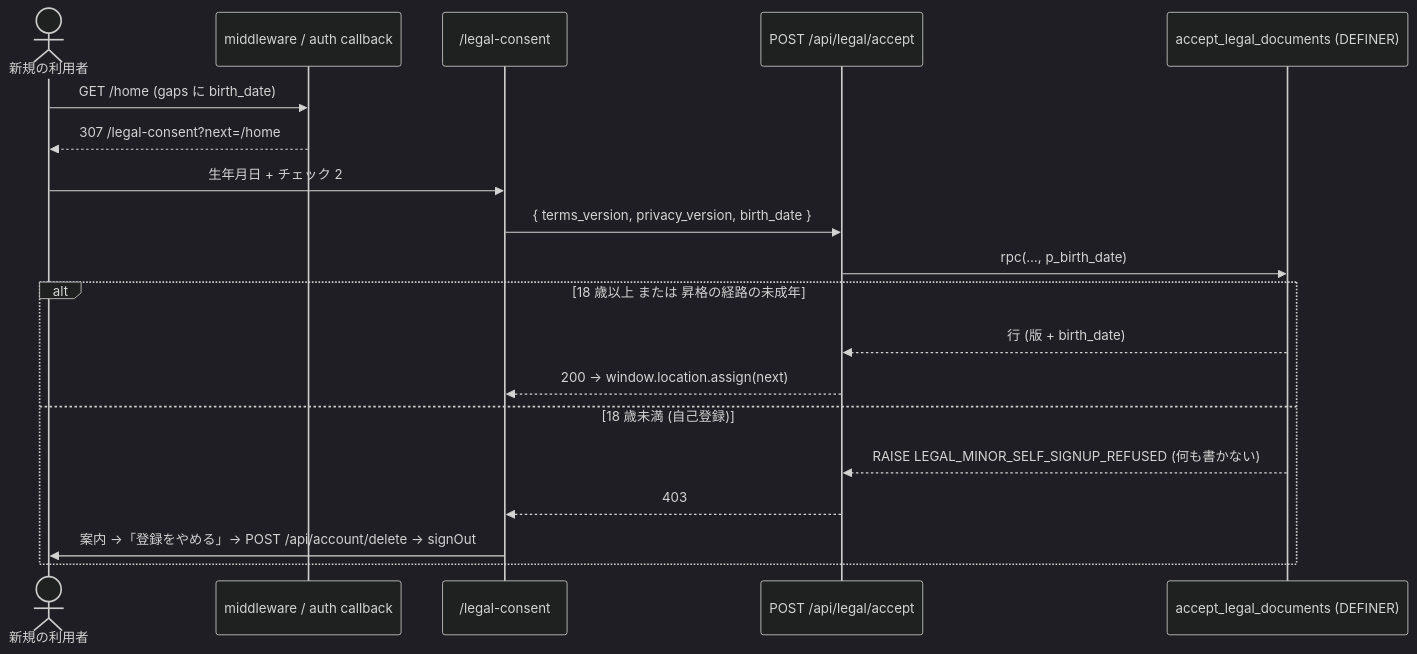
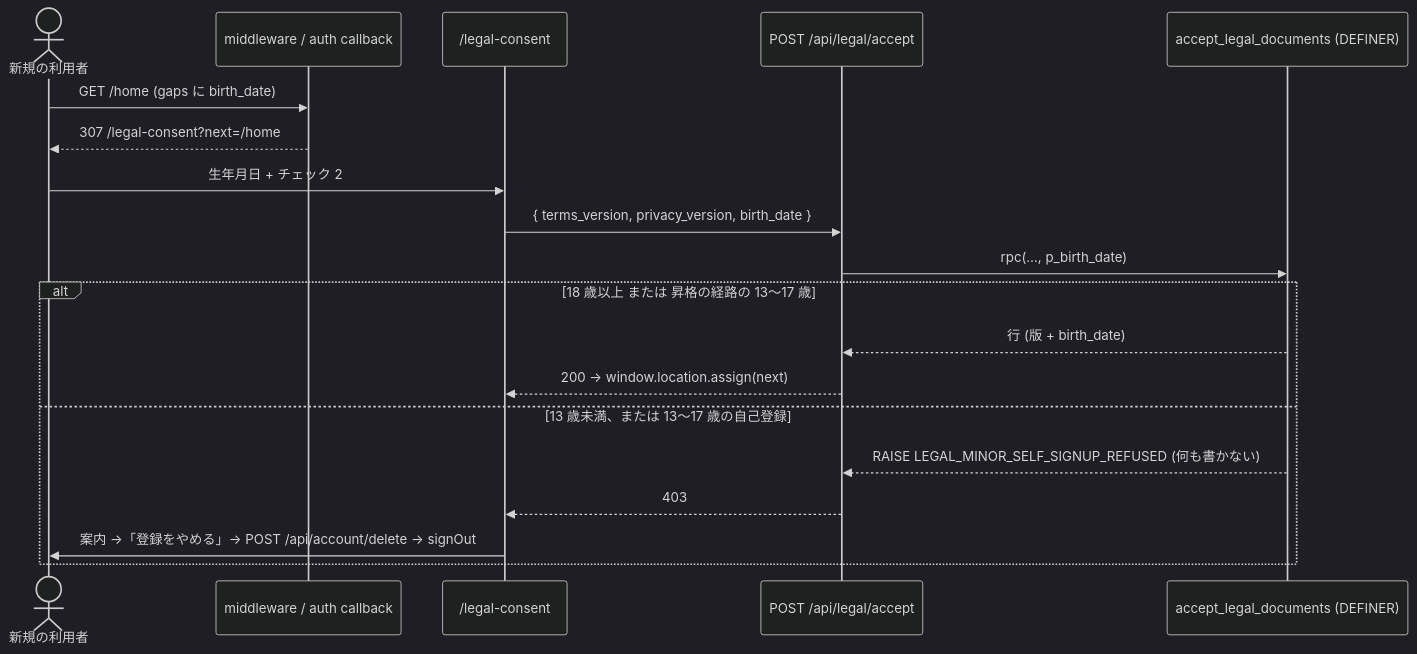
The second of 2 diagrams in docs/design/cross/14-parental-consent.md (DaisukeHori/homegohan-app), drawn with Mermaid (dark theme) before and after one commit. The commit also changed other lines of this file, not shown here.

````diff
--- a/docs/design/cross/14-parental-consent.md
+++ b/docs/design/cross/14-parental-consent.md
@@ -1293,21 +1322,21 @@
 ```mermaid
 sequenceDiagram
     actor User as 新規の利用者
     participant MW as middleware / auth callback
     participant Page as /legal-consent
     participant API as POST /api/legal/accept
     participant DB as accept_legal_documents (DEFINER)
     User->>MW: GET /home (gaps に birth_date)
     MW-->>User: 307 /legal-consent?next=/home
     User->>Page: 生年月日 + チェック 2
     Page->>API: { terms_version, privacy_version, birth_date }
     API->>DB: rpc(…, p_birth_date)
-    alt 18 歳以上 または 昇格の経路の未成年
+    alt 18 歳以上 または 昇格の経路の 13〜17 歳
         DB-->>API: 行 (版 + birth_date)
         API-->>Page: 200 → window.location.assign(next)
-    else 18 歳未満 (自己登録)
+    else 13 歳未満、または 13〜17 歳の自己登録
         DB-->>API: RAISE LEGAL_MINOR_SELF_SIGNUP_REFUSED (何も書かない)
         API-->>Page: 403
         Page->>User: 案内 →「登録をやめる」→ POST /api/account/delete → signOut
     end
 ```
````
